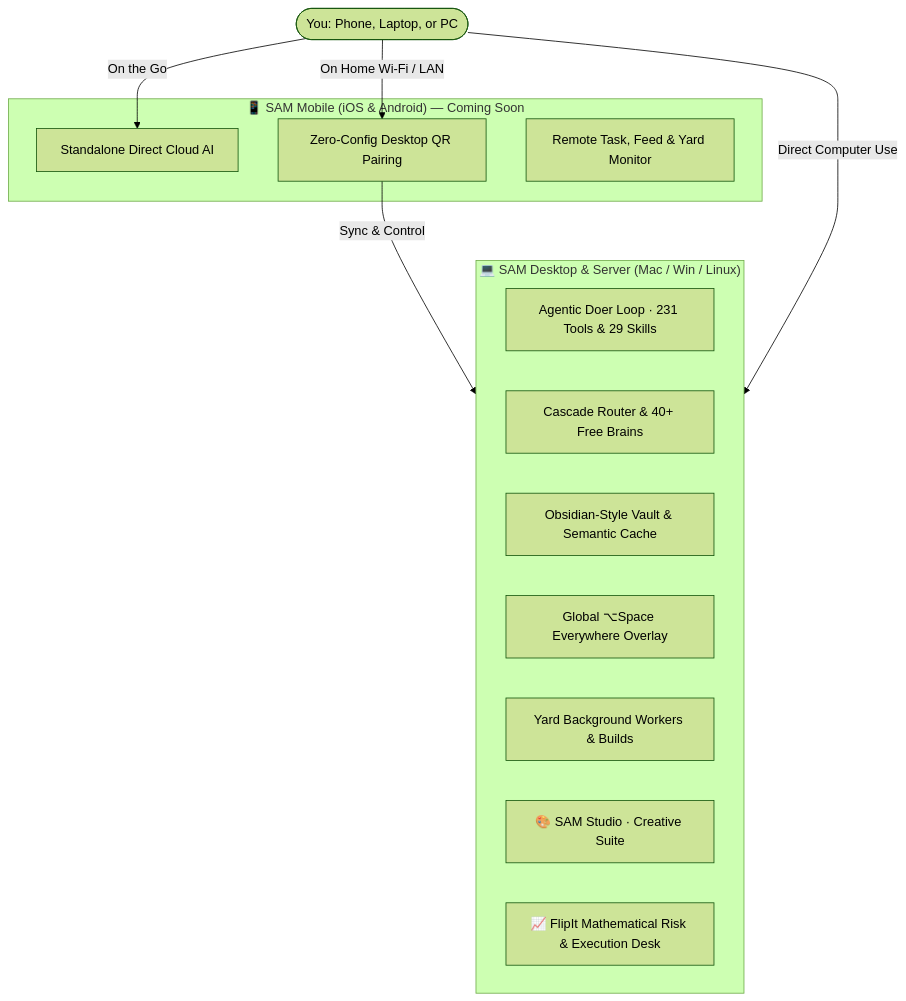
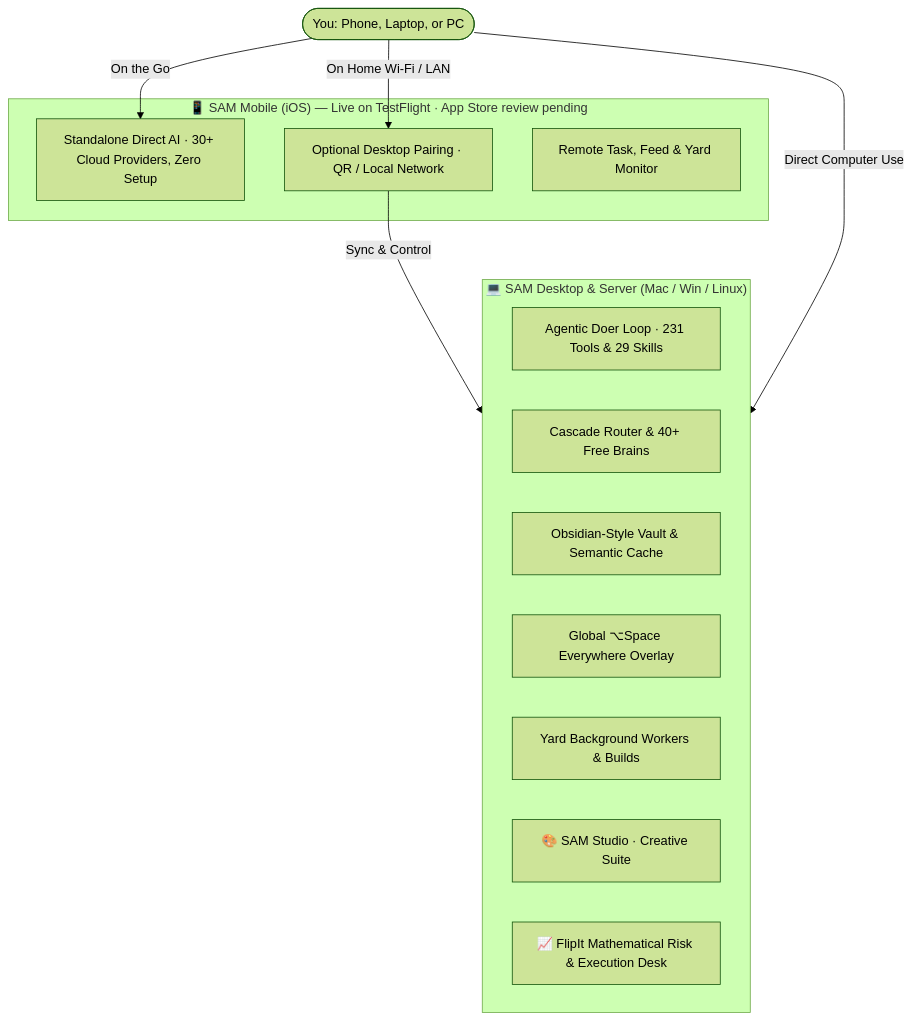
The diagram in README.md (richhabits/sam), drawn with Mermaid (forest theme) before and after one commit. The commit also changed other lines of this file, not shown here.

First line of the commit message:
docs(readme): reflect mobile's real status — live on TestFlight, App Store submitted

````diff
--- a/README.md
+++ b/README.md
@@ -37,25 +37,25 @@
 ```mermaid
 graph TD
     User([You: Phone, Laptop, or PC])
     
-    subgraph Mobile ["📱 SAM Mobile (iOS & Android) — Coming Soon"]
-        MobileAI[Standalone Direct Cloud AI]
-        MobilePair[Zero-Config Desktop QR Pairing]
+    subgraph Mobile ["📱 SAM Mobile (iOS) — Live on TestFlight · App Store review pending"]
+        MobileAI[Standalone Direct AI · 30+ Cloud Providers, Zero Setup]
+        MobilePair[Optional Desktop Pairing · QR / Local Network]
         MobileYard[Remote Task, Feed & Yard Monitor]
     end
     
     subgraph Core ["💻 SAM Desktop & Server (Mac / Win / Linux)"]
         Agent[Agentic Doer Loop · 231 Tools & 29 Skills]
         Cascade[Cascade Router & 40+ Free Brains]
         Memory[Obsidian-Style Vault & Semantic Cache]
         Overlay[Global ⌥Space Everywhere Overlay]
         Yard[Yard Background Workers & Builds]
         Studio[🎨 SAM Studio · Creative Suite]
         FlipIt[📈 FlipIt Mathematical Risk & Execution Desk]
     end
 
     User -->|On the Go| MobileAI
     User -->|On Home Wi-Fi / LAN| MobilePair
     MobilePair -->|Sync & Control| Core
     User -->|Direct Computer Use| Core
 ```
````
